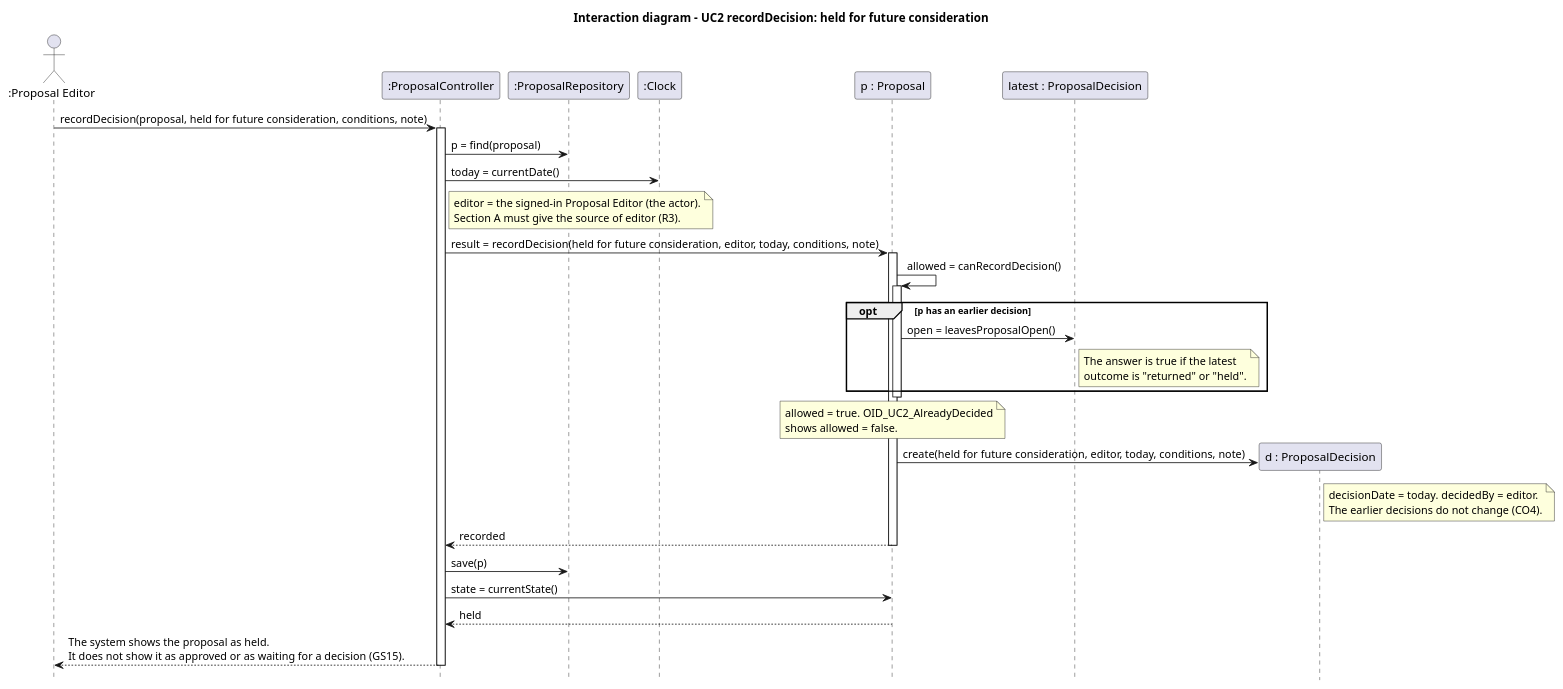
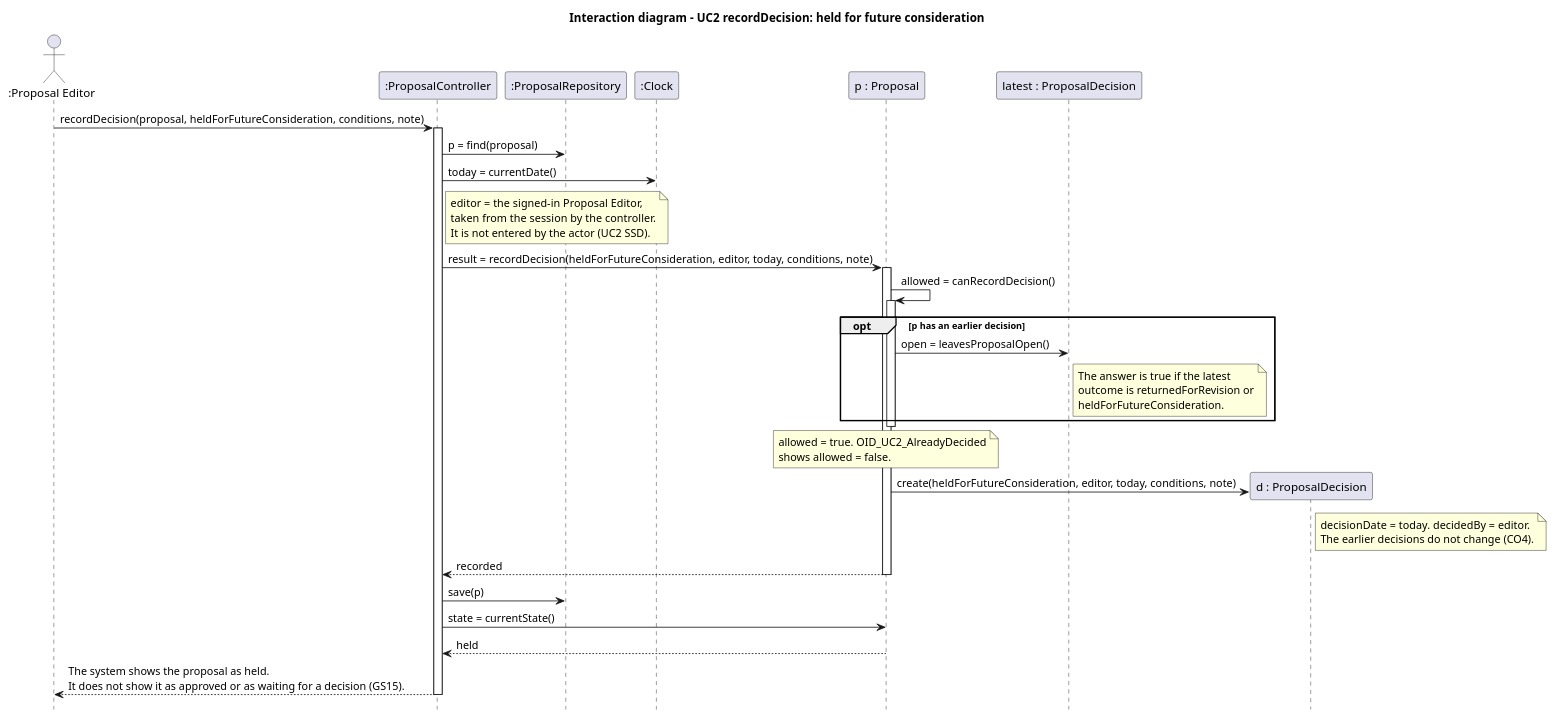
The diagram in CA 2/Diagrams/Object_Interaction_Diagrams/OID_UC2_Held.puml (Rani-Wheeza/Local-Podcast-Production-Service), drawn with PlantUML before and after one commit. The commit also changed 5 other files, not shown here.

```diff
--- a/CA 2/Diagrams/Object_Interaction_Diagrams/OID_UC2_Held.puml
+++ b/CA 2/Diagrams/Object_Interaction_Diagrams/OID_UC2_Held.puml
@@ -1,46 +1,47 @@
 @startuml OID_UC2_Held
 title Interaction diagram - UC2 recordDecision: held for future consideration
 hide footbox
 
 ' Section A, UC2 alternatives (Arno). This diagram agrees with CO4, the Section A CRC cards (#28) and GRASP (#32).
 ' Language of notes and messages: ASD-STE100 Simplified Technical English.
 ' Scenario: GS15 Proposal editor holds a proposal for future consideration
 actor ":Proposal Editor" as PE
 participant ":ProposalController" as PCtl
 participant ":ProposalRepository" as Repo
 participant ":Clock" as Clk
 participant "p : Proposal" as P
 participant "latest : ProposalDecision" as L
 participant "d : ProposalDecision" as D
 
-PE -> PCtl : recordDecision(proposal, held for future consideration, conditions, note)
+PE -> PCtl : recordDecision(proposal, heldForFutureConsideration, conditions, note)
 activate PCtl
 PCtl -> Repo : p = find(proposal)
 PCtl -> Clk : today = currentDate()
 note right of PCtl
-  editor = the signed-in Proposal Editor (the actor).
-  Section A must give the source of editor (R3).
+  editor = the signed-in Proposal Editor,
+  taken from the session by the controller.
+  It is not entered by the actor (UC2 SSD).
 end note
-PCtl -> P : result = recordDecision(held for future consideration, editor, today, conditions, note)
+PCtl -> P : result = recordDecision(heldForFutureConsideration, editor, today, conditions, note)
 activate P
 P -> P : allowed = canRecordDecision()
 activate P
 opt p has an earlier decision
   P -> L : open = leavesProposalOpen()
-  note right of L : The answer is true if the latest\noutcome is "returned" or "held".
+  note right of L : The answer is true if the latest\noutcome is returnedForRevision or\nheldForFutureConsideration.
 end
 deactivate P
 note over P : allowed = true. OID_UC2_AlreadyDecided\nshows allowed = false.
-P -> D ** : create(held for future consideration, editor, today, conditions, note)
+P -> D ** : create(heldForFutureConsideration, editor, today, conditions, note)
 note right of D
   decisionDate = today. decidedBy = editor.
   The earlier decisions do not change (CO4).
 end note
 P --> PCtl : recorded
 deactivate P
 PCtl -> Repo : save(p)
 PCtl -> P : state = currentState()
 P --> PCtl : held
 PCtl --> PE : The system shows the proposal as held.\nIt does not show it as approved or as waiting for a decision (GS15).
 deactivate PCtl
 @enduml
```
